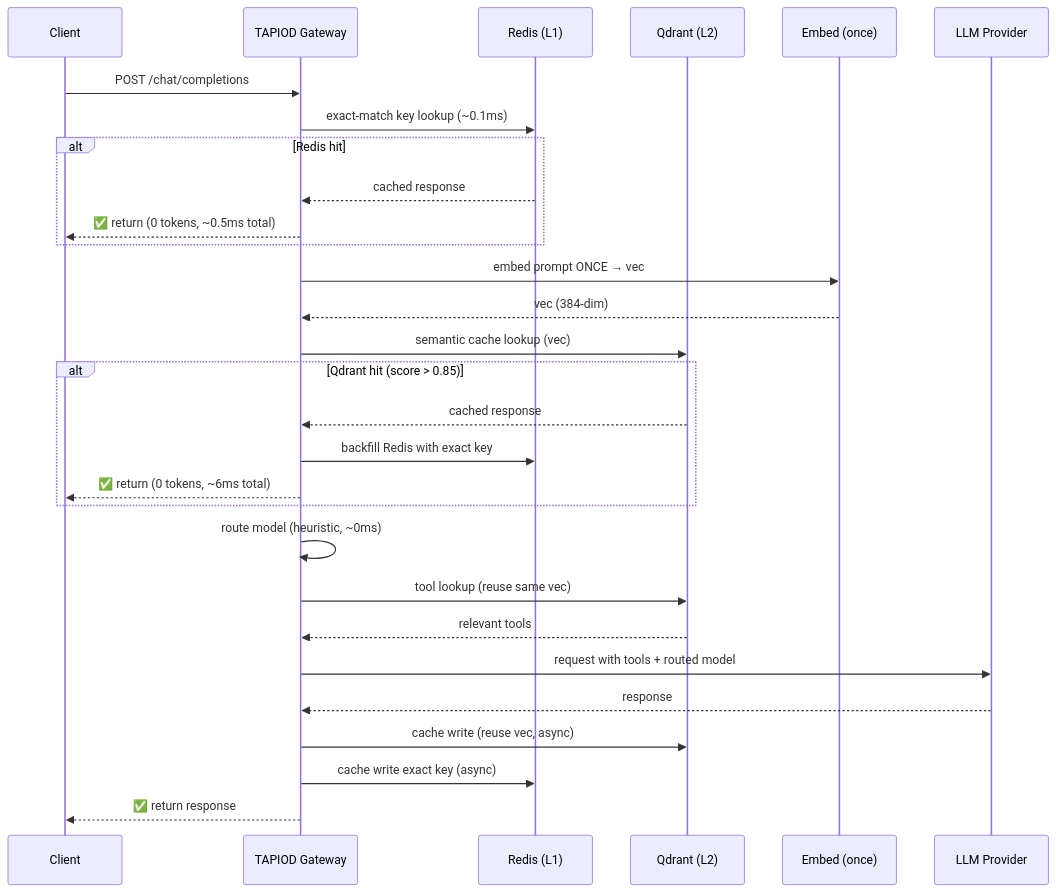
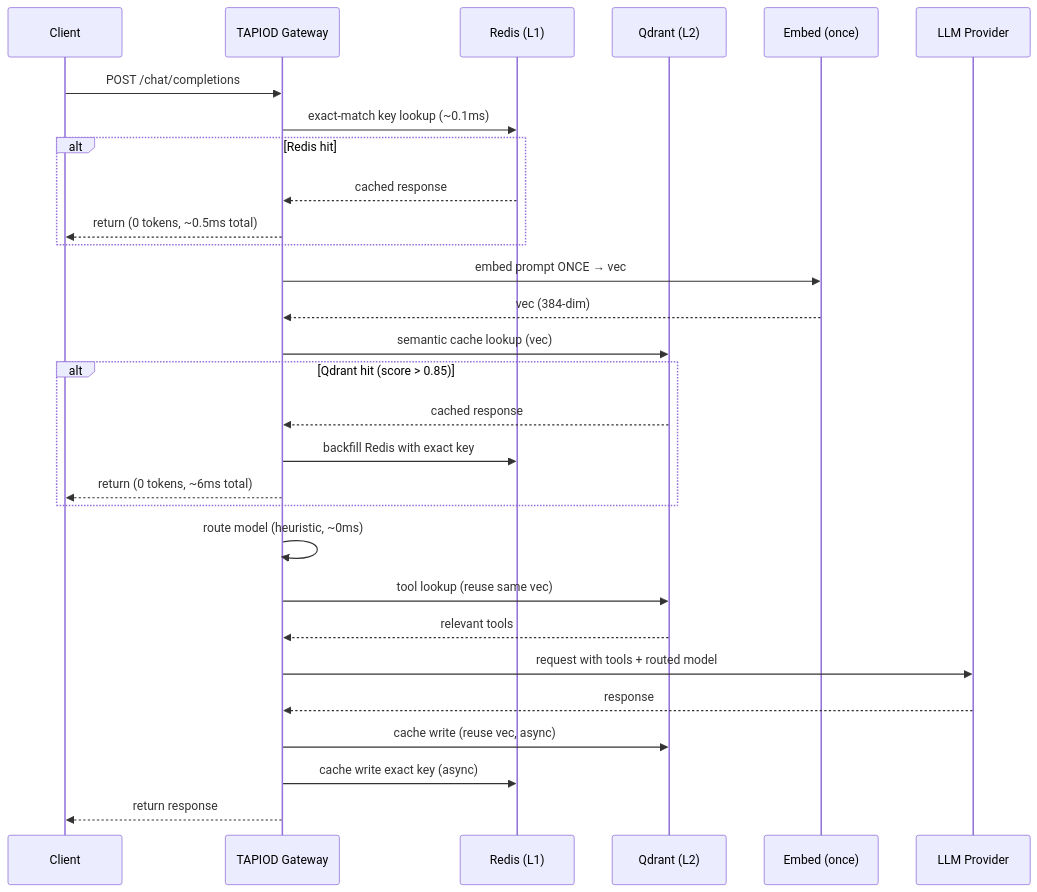
One commit to AdityaS006/TAPIOD changed the fourth of 4 diagrams in docs/architecture.md. Above: the diagram before and after it, drawn with Mermaid. The commit also changed other lines of this file, not shown here.

Commit message:
docs: rewrite architecture.md as clean user-facing technical reference

````diff
--- a/docs/architecture.md
+++ b/docs/architecture.md
@@ -113,38 +82,38 @@
 ```mermaid
 sequenceDiagram
     participant C as Client
     participant GW as TAPIOD Gateway
     participant R as Redis (L1)
     participant Q as Qdrant (L2)
     participant E as Embed (once)
     participant LLM as LLM Provider
 
     C->>GW: POST /chat/completions
 
     GW->>R: exact-match key lookup (~0.1ms)
     alt Redis hit
         R-->>GW: cached response
-        GW-->>C: ✅ return (0 tokens, ~0.5ms total)
+        GW-->>C: return (0 tokens, ~0.5ms total)
     end
 
     GW->>E: embed prompt ONCE → vec
     E-->>GW: vec (384-dim)
 
     GW->>Q: semantic cache lookup (vec)
     alt Qdrant hit (score > 0.85)
         Q-->>GW: cached response
         GW->>R: backfill Redis with exact key
-        GW-->>C: ✅ return (0 tokens, ~6ms total)
+        GW-->>C: return (0 tokens, ~6ms total)
     end
 
     GW->>GW: route model (heuristic, ~0ms)
     GW->>Q: tool lookup (reuse same vec)
     Q-->>GW: relevant tools
 
     GW->>LLM: request with tools + routed model
     LLM-->>GW: response
 
     GW->>Q: cache write (reuse vec, async)
     GW->>R: cache write exact key (async)
-    GW-->>C: ✅ return response
+    GW-->>C: return response
 ```
````
